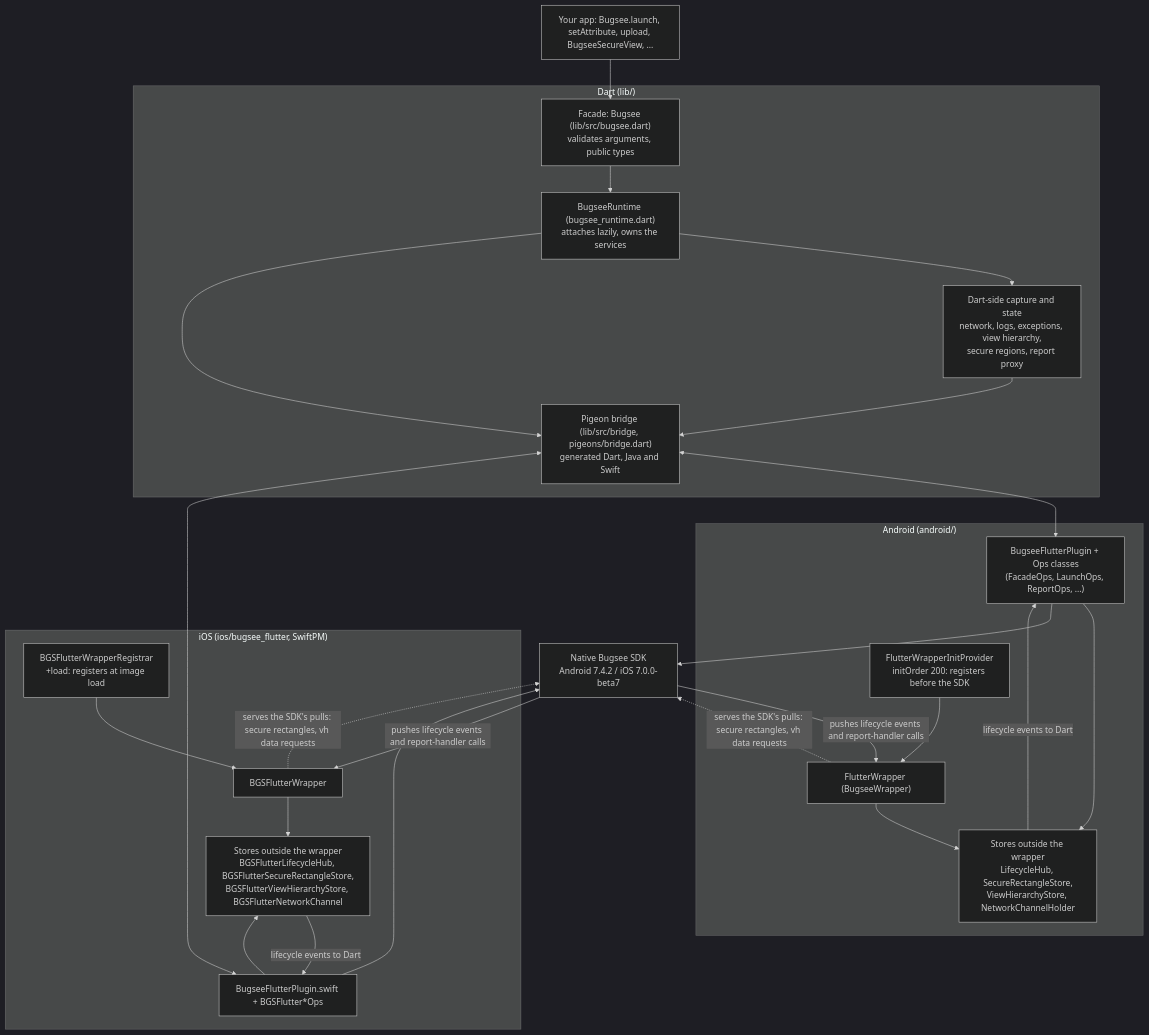
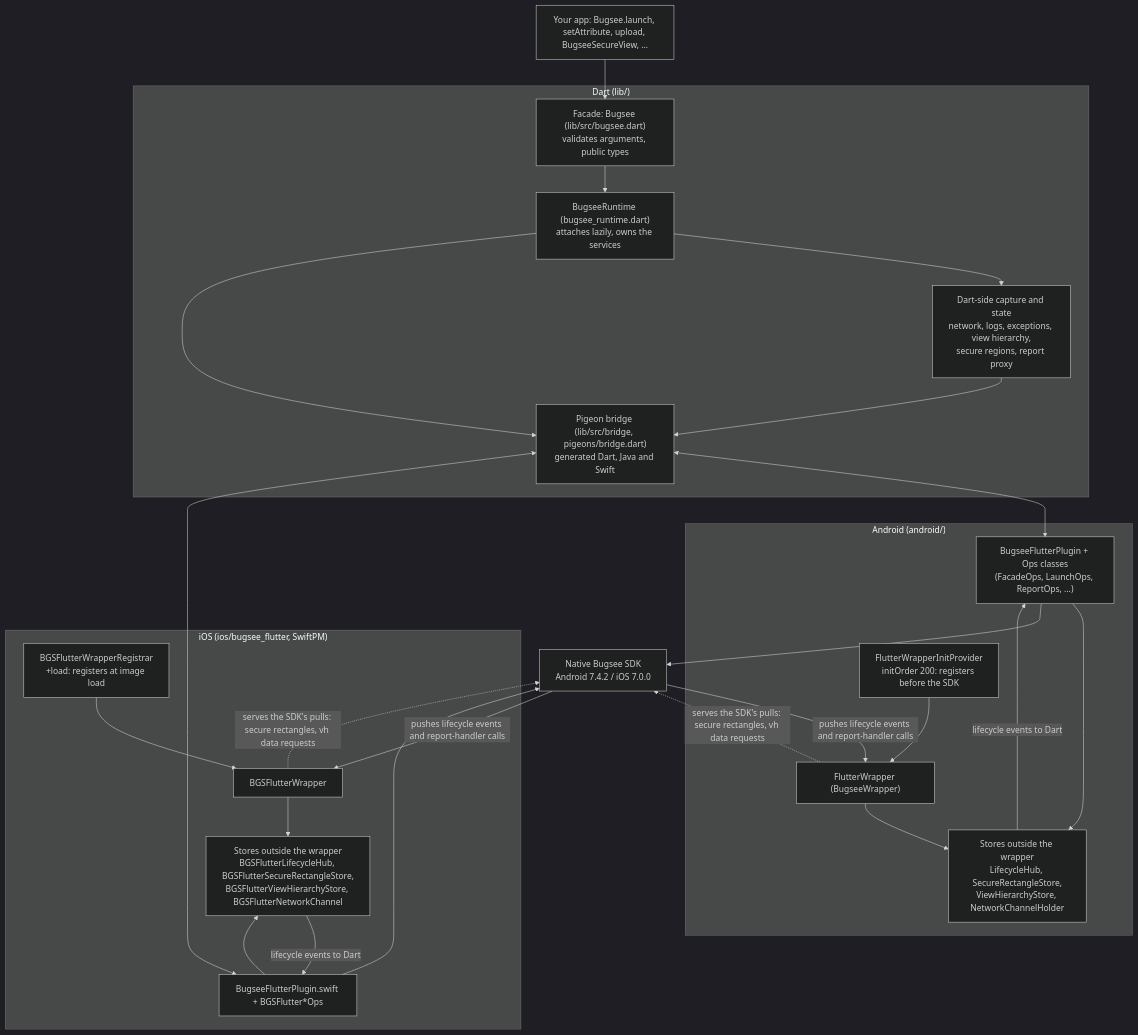
The diagram in doc/architecture.md (bugsee/bugsee-flutter), drawn with Mermaid (dark theme) before and after one commit. The commit also changed 81 other files, not shown here.

````diff
--- a/doc/architecture.md
+++ b/doc/architecture.md
@@ -8,48 +8,48 @@
 ```mermaid
 flowchart TB
   app["Your app: Bugsee.launch, setAttribute, upload, BugseeSecureView, ..."]
 
   subgraph dart["Dart (lib/)"]
     facade["Facade: Bugsee (lib/src/bugsee.dart)<br/>validates arguments, public types"]
     runtime["BugseeRuntime (bugsee_runtime.dart)<br/>attaches lazily, owns the services"]
     services["Dart-side capture and state<br/>network, logs, exceptions, view hierarchy,<br/>secure regions, report proxy"]
     bridge["Pigeon bridge (lib/src/bridge, pigeons/bridge.dart)<br/>generated Dart, Java and Swift"]
     facade --> runtime --> services
     runtime --> bridge
     services --> bridge
   end
 
   subgraph android["Android (android/)"]
     aprov["FlutterWrapperInitProvider<br/>initOrder 200: registers before the SDK"]
     aplug["BugseeFlutterPlugin + Ops classes<br/>(FacadeOps, LaunchOps, ReportOps, ...)"]
     awrap["FlutterWrapper (BugseeWrapper)"]
     astores["Stores outside the wrapper<br/>LifecycleHub, SecureRectangleStore,<br/>ViewHierarchyStore, NetworkChannelHolder"]
     aprov --> awrap
     aplug --> astores
     awrap --> astores
   end
 
   subgraph ios["iOS (ios/bugsee_flutter, SwiftPM)"]
     ireg["BGSFlutterWrapperRegistrar<br/>+load: registers at image load"]
     iplug["BugseeFlutterPlugin.swift + BGSFlutter*Ops"]
     iwrap["BGSFlutterWrapper"]
     istores["Stores outside the wrapper<br/>BGSFlutterLifecycleHub, BGSFlutterSecureRectangleStore,<br/>BGSFlutterViewHierarchyStore, BGSFlutterNetworkChannel"]
     ireg --> iwrap
     iplug --> istores
     iwrap --> istores
   end
 
-  sdk["Native Bugsee SDK<br/>Android 7.4.2 / iOS 7.0.0-beta7"]
+  sdk["Native Bugsee SDK<br/>Android 7.4.2 / iOS 7.0.0"]
 
   app --> facade
   bridge <--> aplug
   bridge <--> iplug
   aplug --> sdk
   iplug --> sdk
   sdk -->|"pushes lifecycle events and report-handler calls"| awrap
   sdk -->|"pushes lifecycle events and report-handler calls"| iwrap
   awrap -.->|"serves the SDK's pulls: secure rectangles, vh data requests"| sdk
   iwrap -.->|"serves the SDK's pulls: secure rectangles, vh data requests"| sdk
   astores -->|"lifecycle events to Dart"| aplug
   istores -->|"lifecycle events to Dart"| iplug
 ```
````
